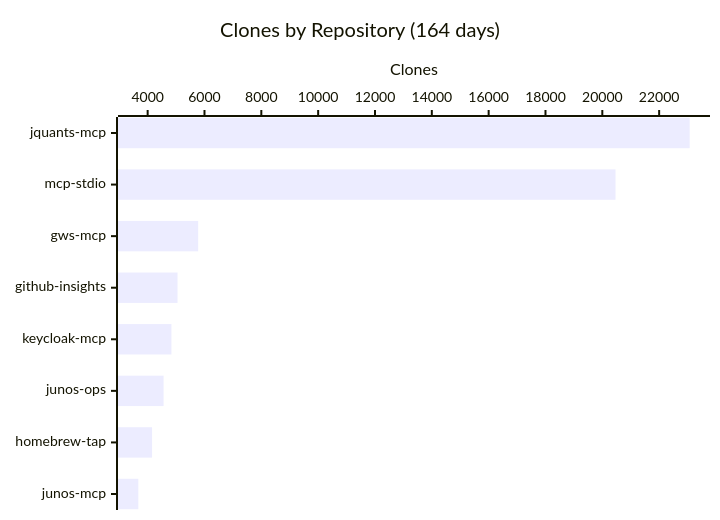
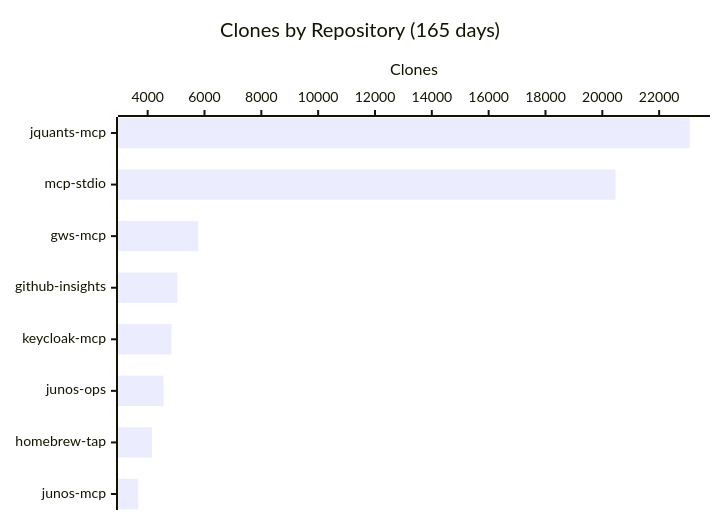
The fourth of 4 diagrams in README.md (shigechika/github-insights), drawn with Mermaid before and after one commit. The commit also changed other lines of this file and 2 other files, not shown here.

````diff
--- a/README.md
+++ b/README.md
@@ -58,7 +58,7 @@
 ```mermaid
 xychart-beta horizontal
-    title "Clones by Repository (164 days)"
+    title "Clones by Repository (165 days)"
     x-axis ["jquants-mcp", "mcp-stdio", "gws-mcp", "github-insights", "keycloak-mcp", "junos-ops", "homebrew-tap", "junos-mcp"]
     y-axis "Clones"
     bar [23075, 20464, 5777, 5051, 4837, 4561, 4155, 3671]
 ```
````
